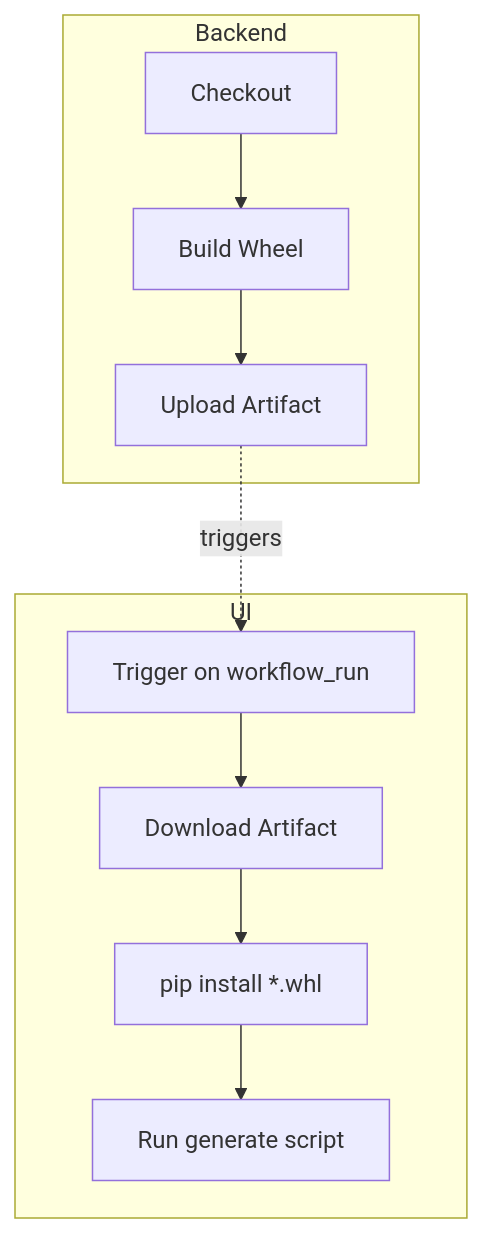
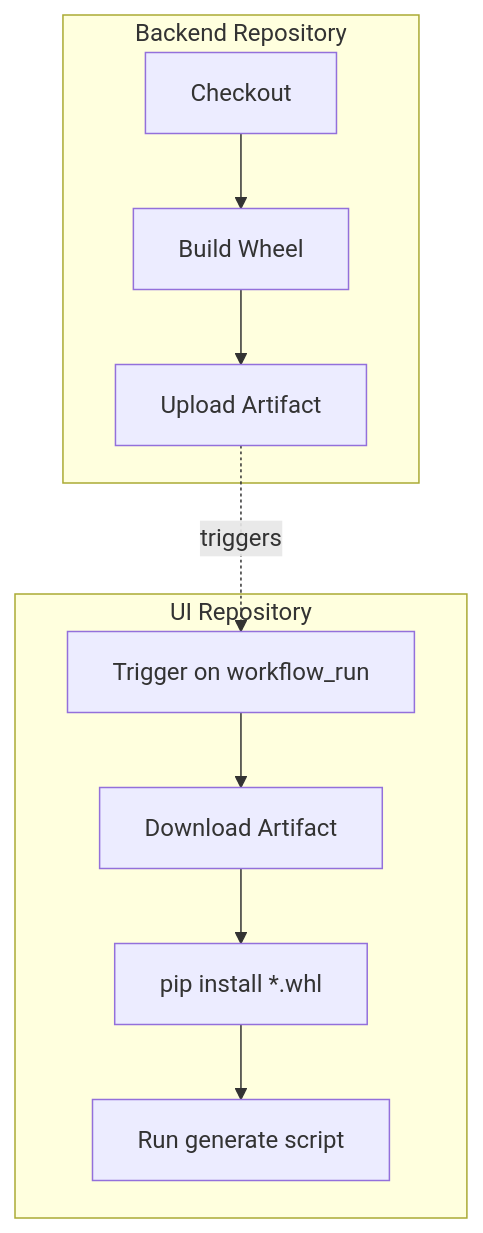
One commit to droman42/wb-mqtt-bridge changed the diagram in docs/code_restructuring_ui.md. Above: the diagram before and after it, drawn with Mermaid. The commit also changed other lines of this file and 1 other file, not shown here.

````diff
--- a/docs/code_restructuring_ui.md
+++ b/docs/code_restructuring_ui.md
@@ -95,13 +108,13 @@
 ```mermaid
 graph TD
-    subgraph Backend
+    subgraph Backend[Backend Repository]
         A[Checkout] --> B[Build Wheel]
         B --> C[Upload Artifact]
     end
-    subgraph UI
+    subgraph UI[UI Repository]
         D[Trigger on workflow_run] --> E[Download Artifact]
         E --> F[pip install *.whl]
         F --> G[Run generate script]
     end
     C -. triggers .-> D
 ```
````
